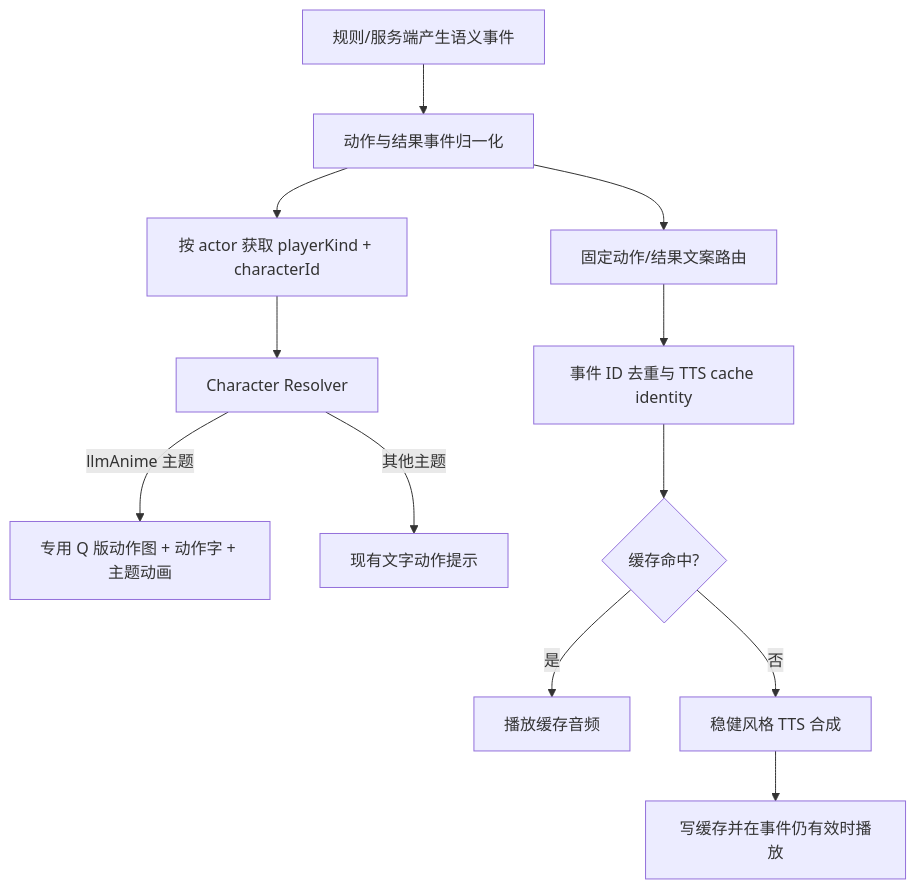
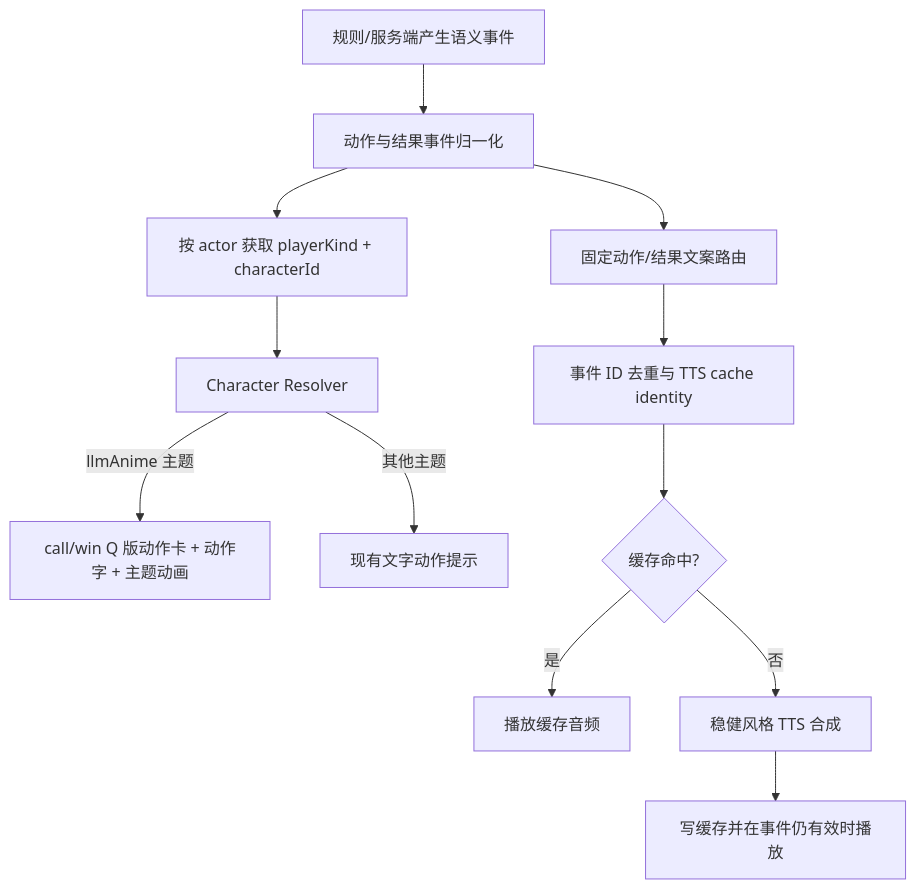
The diagram in docs/llm-anime-theme-implementation-plan.md (BestGuo2020/lianhuaguangdongmahjong), drawn with Mermaid before and after one commit. The commit also changed other lines of this file and 14 other files, not shown here.

````diff
--- a/docs/llm-anime-theme-implementation-plan.md
+++ b/docs/llm-anime-theme-implementation-plan.md
@@ -349,14 +345,14 @@
 ```mermaid
 flowchart TD
   E[规则/服务端产生语义事件] --> N[动作与结果事件归一化]
   N --> P[按 actor 获取 playerKind + characterId]
   P --> R[Character Resolver]
-  R -->|llmAnime 主题| V[专用 Q 版动作图 + 动作字 + 主题动画]
+  R -->|llmAnime 主题| V[call/win Q 版动作卡 + 动作字 + 主题动画]
   R -->|其他主题| L[现有文字动作提示]
   N --> A[固定动作/结果文案路由]
   A --> D[事件 ID 去重与 TTS cache identity]
   D --> C{缓存命中?}
   C -->|是| S[播放缓存音频]
   C -->|否| T[稳健风格 TTS 合成]
   T --> K[写缓存并在事件仍有效时播放]
 ```
````
